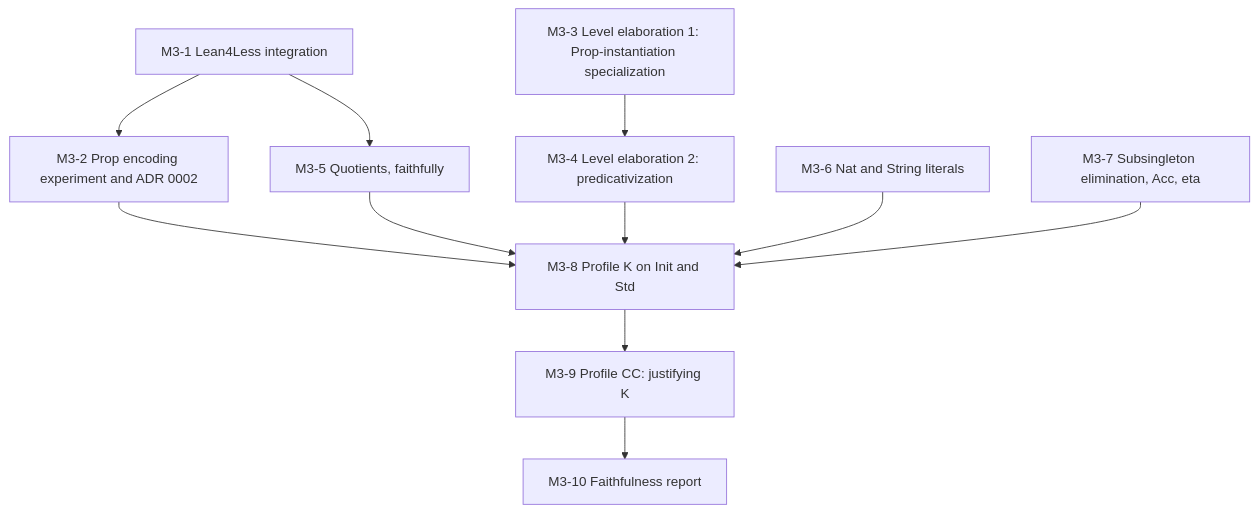
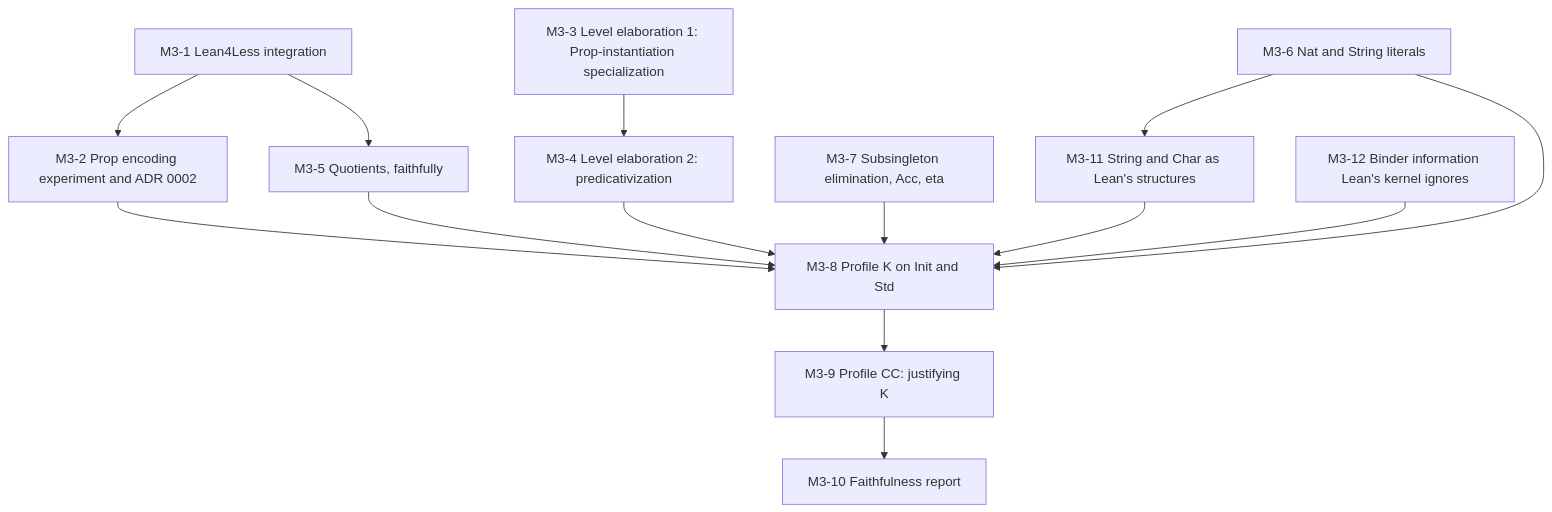
One commit to formalverification/lean2agda changed the fourth of 9 diagrams in docs/GITHUB_PROJECT.md. Above: the diagram before and after it, drawn with Mermaid. The commit also changed other lines of this file and 5 other files, not shown here.

````diff
--- a/docs/GITHUB_PROJECT.md
+++ b/docs/GITHUB_PROJECT.md
@@ -423,18 +430,21 @@
 ```mermaid
 graph TD
   M3_1["M3-1 Lean4Less integration"]
   M3_2["M3-2 Prop encoding experiment and ADR 0002"]
   M3_3["M3-3 Level elaboration 1: Prop-instantiation specialization"]
   M3_4["M3-4 Level elaboration 2: predicativization"]
   M3_5["M3-5 Quotients, faithfully"]
   M3_6["M3-6 Nat and String literals"]
   M3_7["M3-7 Subsingleton elimination, Acc, eta"]
   M3_8["M3-8 Profile K on Init and Std"]
   M3_9["M3-9 Profile CC: justifying K"]
   M3_10["M3-10 Faithfulness report"]
+  M3_11["M3-11 String and Char as Lean's structures"]
+  M3_12["M3-12 Binder information Lean's kernel ignores"]
   M3_1 --> M3_2
   M3_3 --> M3_4
   M3_1 --> M3_5
-  M3_2 & M3_4 & M3_5 & M3_6 & M3_7 --> M3_8
+  M3_6 --> M3_11
+  M3_2 & M3_4 & M3_5 & M3_6 & M3_7 & M3_11 & M3_12 --> M3_8
   M3_8 --> M3_9 --> M3_10
 ```
````
